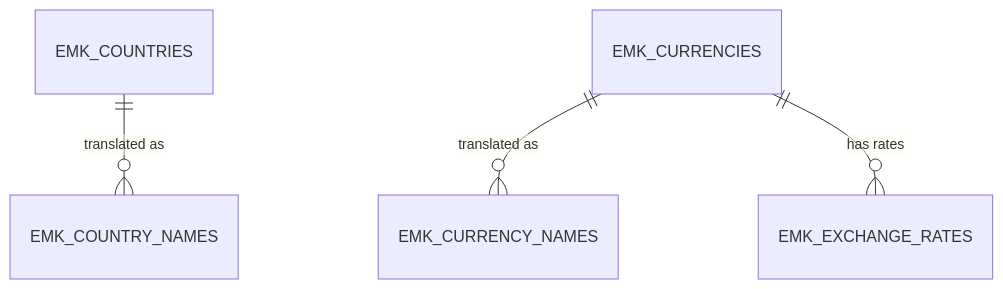
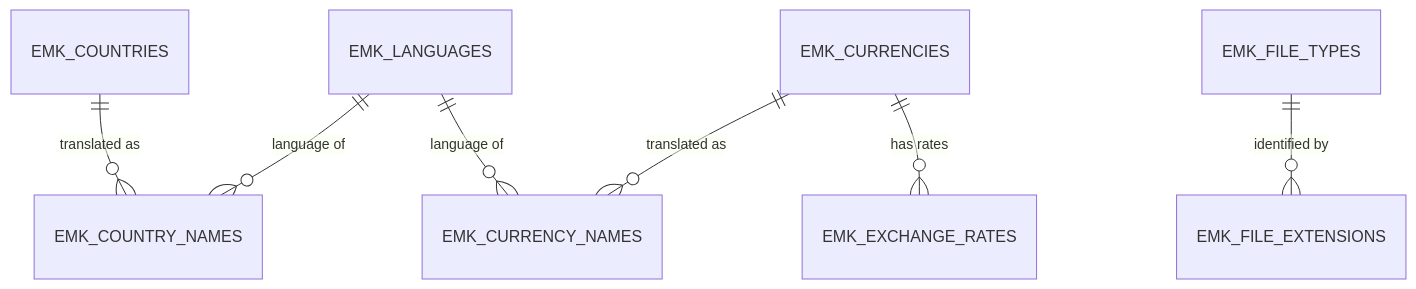
One commit to nmuller000/euromarket-claims-manager changed the diagram in docs/design/data-model-reference.md. Above: the diagram before and after it, drawn with Mermaid. The commit also changed other lines of this file and 12 other files, not shown here.

````diff
--- a/docs/design/data-model-reference.md
+++ b/docs/design/data-model-reference.md
@@ -15,6 +15,9 @@
 ```mermaid
 erDiagram
     EMK_COUNTRIES ||--o{ EMK_COUNTRY_NAMES : "translated as"
     EMK_CURRENCIES ||--o{ EMK_CURRENCY_NAMES : "translated as"
     EMK_CURRENCIES ||--o{ EMK_EXCHANGE_RATES : "has rates"
+    EMK_LANGUAGES ||--o{ EMK_COUNTRY_NAMES : "language of"
+    EMK_LANGUAGES ||--o{ EMK_CURRENCY_NAMES : "language of"
+    EMK_FILE_TYPES ||--o{ EMK_FILE_EXTENSIONS : "identified by"
 ```
````
